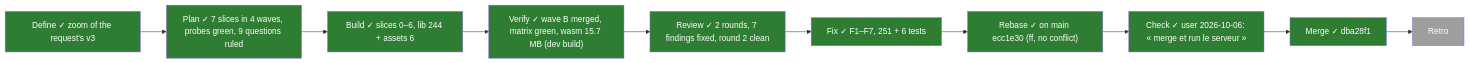
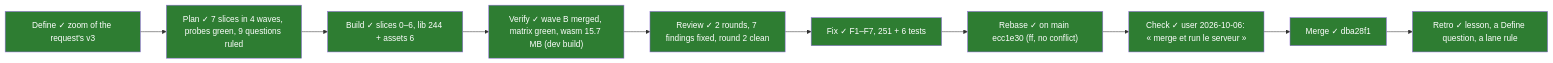
Before and after one commit to PaliCanon/learn-pali: the first of 2 diagrams in .task/003-screens.md, drawn with Mermaid. The commit also changed other lines of this file, not shown here.

Commit message:
chore(task): 003 retro — validated, session archived

````diff
--- a/.task/003-screens.md
+++ b/.task/003-screens.md
@@ -7,8 +7,8 @@
 ```mermaid
 flowchart LR
-  Define["Define ✓ zoom of the request's v3"]:::done --> Plan["Plan ✓ 7 slices in 4 waves, probes green, 9 questions ruled"]:::done --> Build["Build ✓ slices 0–6, lib 244 + assets 6"]:::done --> Verify["Verify ✓ wave B merged, matrix green, wasm 15.7 MB (dev build)"]:::done --> Review["Review ✓ 2 rounds, 7 findings fixed, round 2 clean"]:::done --> Fix["Fix ✓ F1–F7, 251 + 6 tests"]:::done --> Rebase["Rebase ✓ on main ecc1e30 (ff, no conflict)"]:::done --> Check["Check ✓ user 2026-10-06: « merge et run le serveur »"]:::done --> Merge["Merge ✓ dba28f1"]:::done --> Retro:::todo
+  Define["Define ✓ zoom of the request's v3"]:::done --> Plan["Plan ✓ 7 slices in 4 waves, probes green, 9 questions ruled"]:::done --> Build["Build ✓ slices 0–6, lib 244 + assets 6"]:::done --> Verify["Verify ✓ wave B merged, matrix green, wasm 15.7 MB (dev build)"]:::done --> Review["Review ✓ 2 rounds, 7 findings fixed, round 2 clean"]:::done --> Fix["Fix ✓ F1–F7, 251 + 6 tests"]:::done --> Rebase["Rebase ✓ on main ecc1e30 (ff, no conflict)"]:::done --> Check["Check ✓ user 2026-10-06: « merge et run le serveur »"]:::done --> Merge["Merge ✓ dba28f1"]:::done --> Retro["Retro ✓ lesson, a Define question, a lane rule"]:::done
   classDef done fill:#2e7d32,color:#fff
   classDef doing fill:#f9a825,color:#000
   classDef todo fill:#9e9e9e,color:#fff
   classDef fail fill:#c62828,color:#fff
 ```
````
